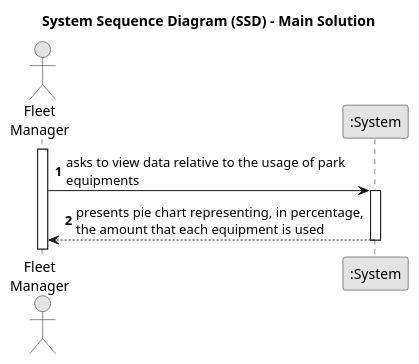
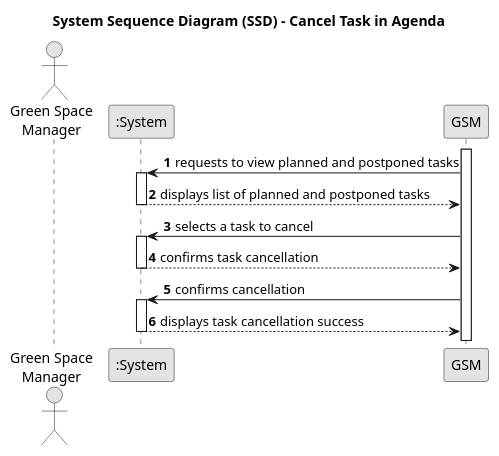
One commit to Departamento-de-Engenharia-Informatica/lei-24-s2-1dkl-g134 changed the diagram in docs/sprintC/us025/01.requirements-engineering/puml/us010-system-sequence-diagram-main-solution.puml. Above: the diagram before and after it, drawn with PlantUML.

Commit message:
Start System Sequence Diagram US025

```diff
--- a/docs/sprintC/us025/01.requirements-engineering/puml/us010-system-sequence-diagram-main-solution.puml
+++ b/docs/sprintC/us025/01.requirements-engineering/puml/us010-system-sequence-diagram-main-solution.puml
@@ -1,21 +1,32 @@
 @startuml
 skinparam monochrome true
 skinparam packageStyle rectangle
 skinparam shadowing false
 
-title System Sequence Diagram (SSD) - Main Solution
+title System Sequence Diagram (SSD) - Cancel Task in Agenda
 
 autonumber
 
-actor "Fleet\nManager" as Manager
+actor "Green Space\nManager" as Manager
 participant ":System" as System
 
-activate Manager
+activate GSM
 
-    Manager -> System : asks to view data relative to the usage of park\nequipments
-    activate System
+GSM -> System : requests to view planned and postponed tasks
+activate System
 
-        System --> Manager : presents pie chart representing, in percentage,\nthe amount that each equipment is used
-    deactivate System
+    System --> GSM : displays list of planned and postponed tasks
+deactivate System
 
+GSM -> System : selects a task to cancel
+activate System
+
+    System --> GSM : confirms task cancellation
+deactivate System
+
+GSM -> System : confirms cancellation
+activate System
+
+    System --> GSM : displays task cancellation success
+deactivate System
 @enduml
```
